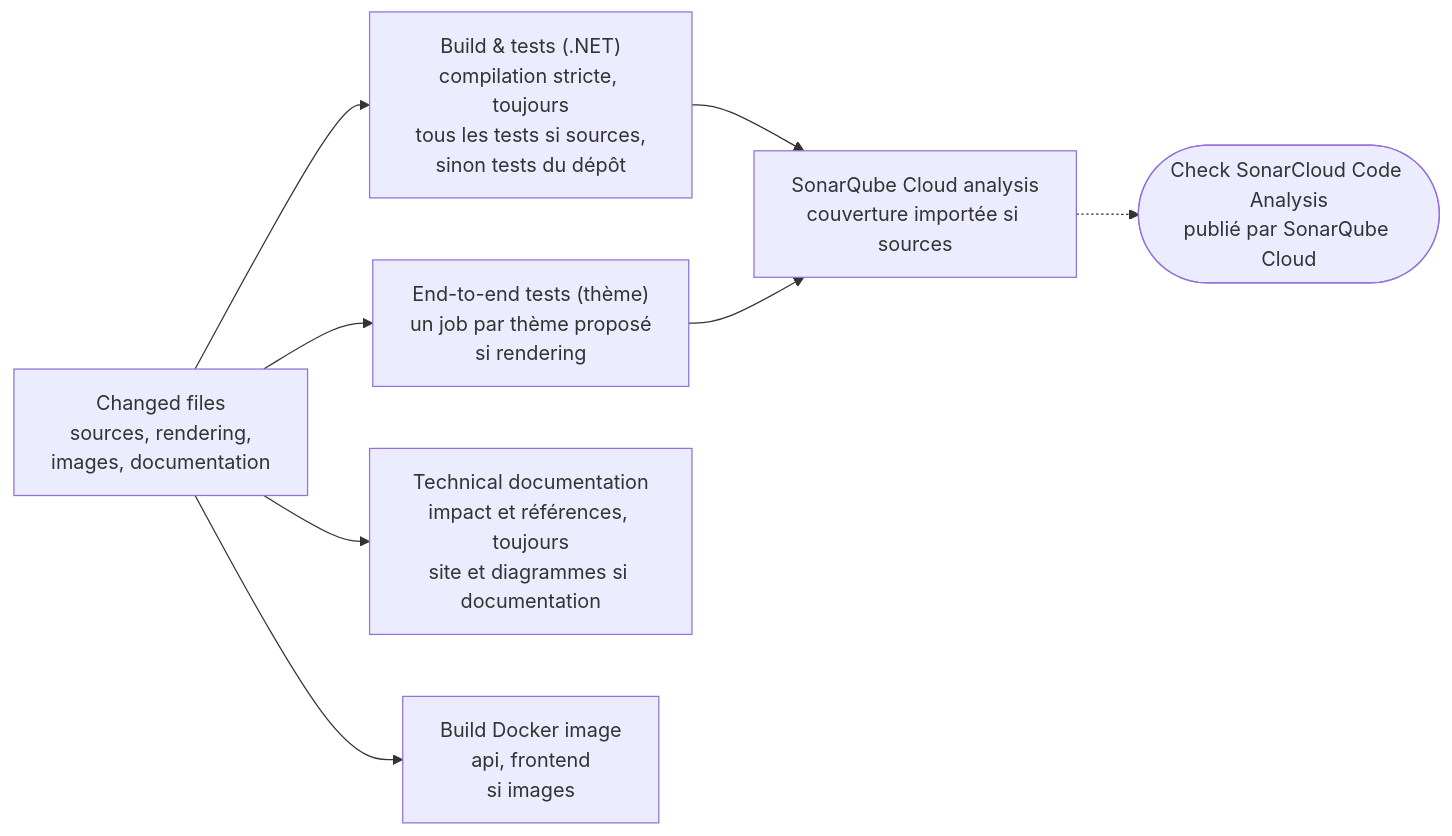
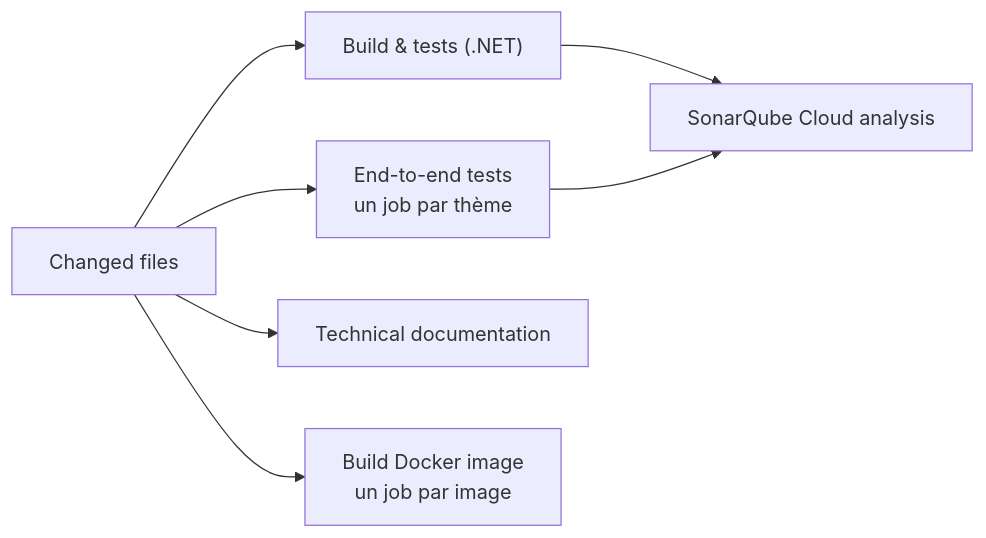
One commit to Tetram76/bdtheque-claude changed the diagram in docs/tech/integration-et-tests/integration-continue.md. Above: the diagram before and after it, drawn with Mermaid. The commit also changed other lines of this file and 41 other files, not shown here.

````diff
--- a/docs/tech/integration-et-tests/integration-continue.md
+++ b/docs/tech/integration-et-tests/integration-continue.md
@@ -26,11 +30,16 @@
 ```mermaid
 flowchart LR
-    changes["Changed files<br/>sources, rendering,<br/>images, documentation"]
-    changes --> build["Build & tests (.NET)<br/>compilation stricte, toujours<br/>tous les tests si sources,<br/>sinon tests du dépôt"]
-    changes --> e2e["End-to-end tests (thème)<br/>un job par thème proposé<br/>si rendering"]
-    changes --> docs["Technical documentation<br/>impact et références, toujours<br/>site et diagrammes si documentation"]
-    changes --> images["Build Docker image<br/>api, frontend<br/>si images"]
-    build --> sonar["SonarQube Cloud analysis<br/>couverture importée si sources"]
+    changes["Changed files"]
+    build["Build & tests (.NET)"]
+    e2e["End-to-end tests<br/>un job par thème"]
+    docs["Technical documentation"]
+    images["Build Docker image<br/>un job par image"]
+    sonar["SonarQube Cloud analysis"]
+
+    changes --> build
+    changes --> e2e
+    changes --> docs
+    changes --> images
+    build --> sonar
     e2e --> sonar
-    sonar -.-> gate(["Check SonarCloud Code Analysis<br/>publié par SonarQube Cloud"])
 ```
````
